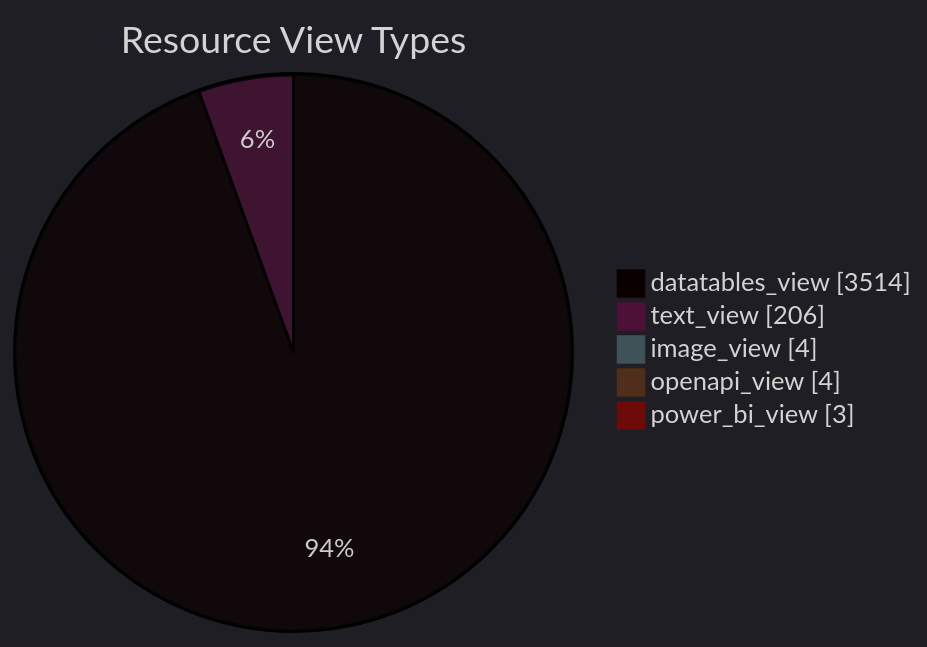
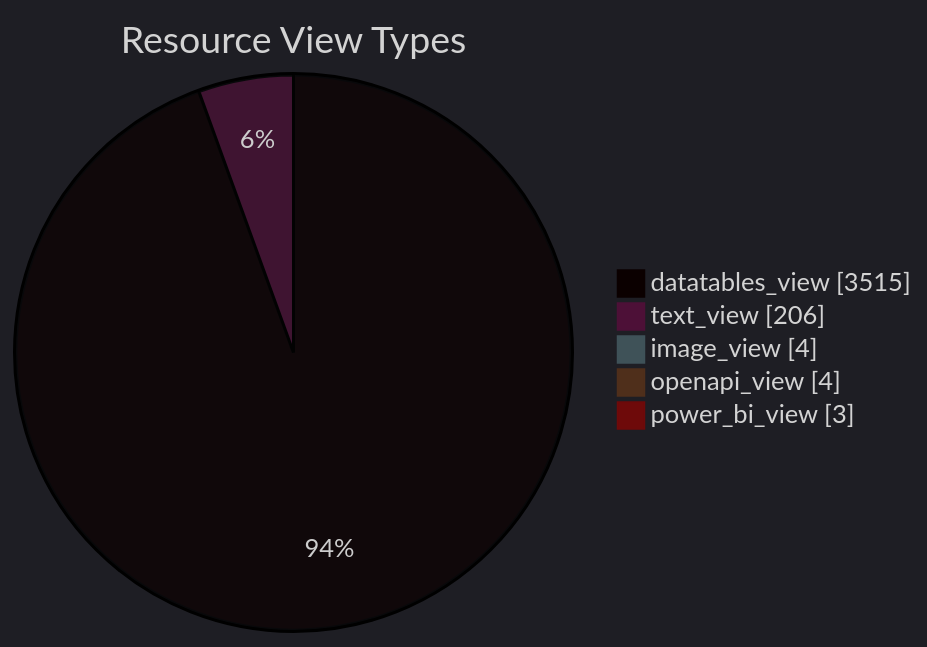
One commit to open-data/analytics-corporate-reporting changed the diagram in datastore_tracker/resource_view_types_pie_chart.md. Above: the diagram before and after it, drawn with Mermaid. The commit also changed 8 other files, not shown here.

````diff
--- a/datastore_tracker/resource_view_types_pie_chart.md
+++ b/datastore_tracker/resource_view_types_pie_chart.md
@@ -2,12 +2,12 @@
 ```mermaid
 ---
 config:
   theme: dark
 ---
 pie showData title Resource View Types
-    "datatables_view": 3514
+    "datatables_view": 3515
     "text_view": 206
     "image_view": 4
     "openapi_view": 4
     "power_bi_view": 3
 ```
````
